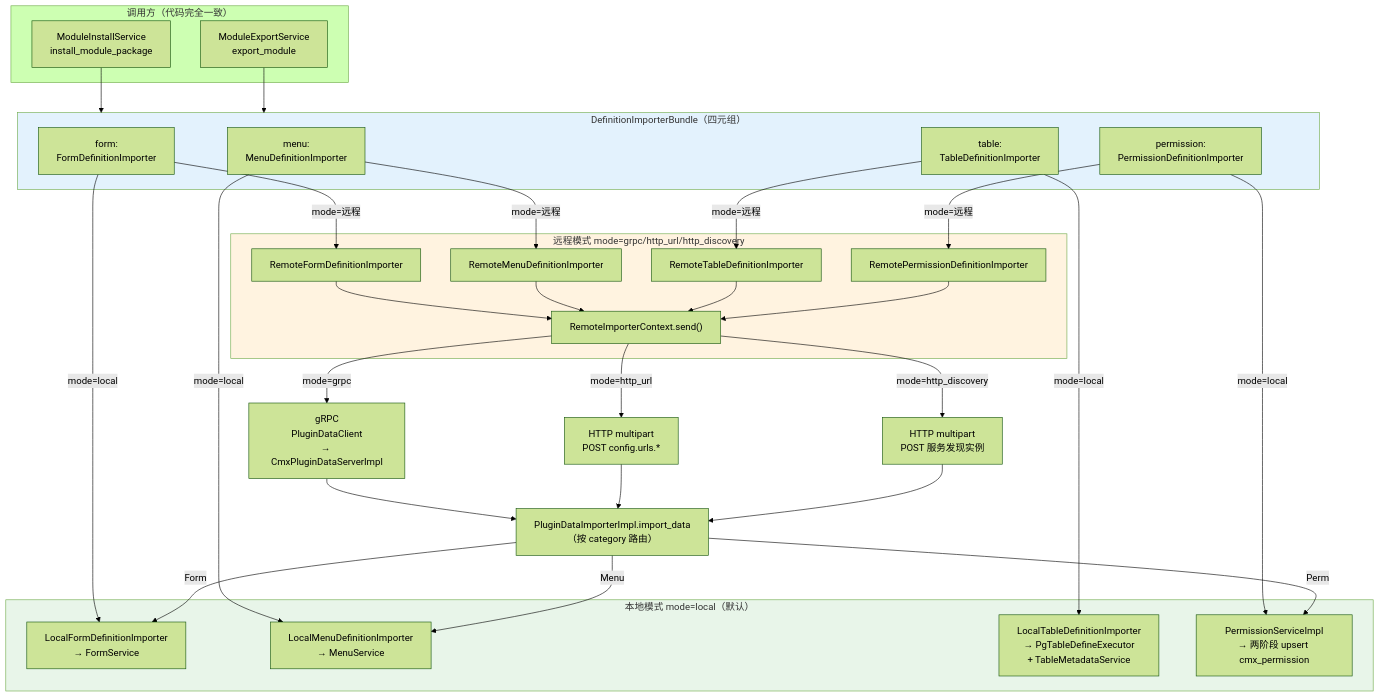
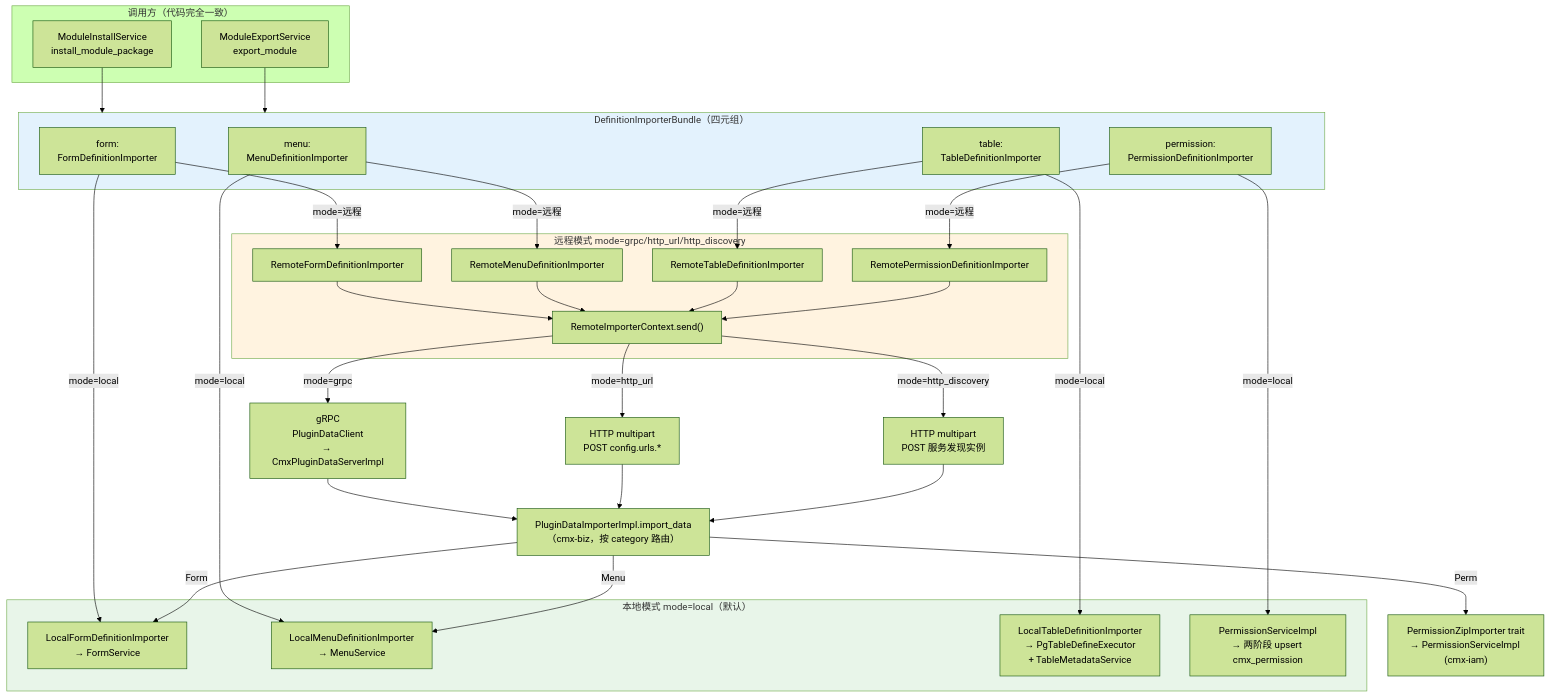
One commit to warpdrivelabs/cmx-container changed the first of 7 diagrams in .trae/documents/20260703_cmx-plugin_模块导入导出流程图.md. Above: the diagram before and after it, drawn with Mermaid (forest theme). The commit also changed other lines of this file and 10 other files, not shown here.

First line of the commit message:
refactor(cmx-biz): PluginDataImporterImpl 从 cmx-iam 迁移至 cmx-biz

````diff
--- a/.trae/documents/20260703_cmx-plugin_模块导入导出流程图.md
+++ b/.trae/documents/20260703_cmx-plugin_模块导入导出流程图.md
@@ -9,63 +11,63 @@
 ```mermaid
 graph TB
     subgraph 调用方["调用方（代码完全一致）"]
         MIS["ModuleInstallService<br/>install_module_package"]
         MES["ModuleExportService<br/>export_module"]
     end
 
     subgraph Bundle["DefinitionImporterBundle（四元组）"]
         FI["form:<br/>FormDefinitionImporter"]
         MI["menu:<br/>MenuDefinitionImporter"]
         TI["table:<br/>TableDefinitionImporter"]
         PI["permission:<br/>PermissionDefinitionImporter"]
     end
 
     MIS --> Bundle
     MES --> Bundle
 
     subgraph 本地模式["本地模式 mode=local（默认）"]
         LF["LocalFormDefinitionImporter<br/>→ FormService"]
         LM["LocalMenuDefinitionImporter<br/>→ MenuService"]
         LT["LocalTableDefinitionImporter<br/>→ PgTableDefineExecutor<br/>+ TableMetadataService"]
         LP["PermissionServiceImpl<br/>→ 两阶段 upsert cmx_permission"]
     end
 
     subgraph 远程模式["远程模式 mode=grpc/http_url/http_discovery"]
         RF["RemoteFormDefinitionImporter"]
         RM["RemoteMenuDefinitionImporter"]
         RT["RemoteTableDefinitionImporter"]
         RP["RemotePermissionDefinitionImporter"]
         CTX["RemoteImporterContext.send()"]
     end
 
     FI -->|mode=local| LF
     MI -->|mode=local| LM
     TI -->|mode=local| LT
     PI -->|mode=local| LP
 
     FI -->|mode=远程| RF
     MI -->|mode=远程| RM
     TI -->|mode=远程| RT
     PI -->|mode=远程| RP
 
     RF --> CTX
     RM --> CTX
     RT --> CTX
     RP --> CTX
 
     CTX -->|mode=grpc| GRPC["gRPC<br/>PluginDataClient<br/>→ CmxPluginDataServerImpl"]
     CTX -->|mode=http_url| HTTP["HTTP multipart<br/>POST config.urls.*"]
     CTX -->|mode=http_discovery| HTTPD["HTTP multipart<br/>POST 服务发现实例"]
 
-    GRPC --> PDI["PluginDataImporterImpl.import_data<br/>（按 category 路由）"]
+    GRPC --> PDI["PluginDataImporterImpl.import_data<br/>（cmx-biz，按 category 路由）"]
     HTTP --> PDI
     HTTPD --> PDI
 
-    PDI -->|Perm| LP
+    PDI -->|Perm| PZI["PermissionZipImporter trait<br/>→ PermissionServiceImpl (cmx-iam)"]
     PDI -->|Form| LF
     PDI -->|Menu| LM
 
     style 本地模式 fill:#e8f5e9
     style 远程模式 fill:#fff3e0
     style Bundle fill:#e3f2fd
 ```
````
